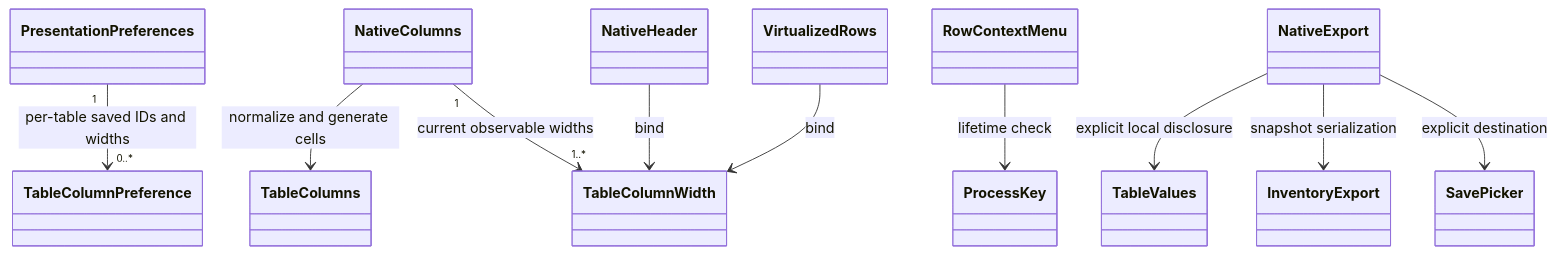
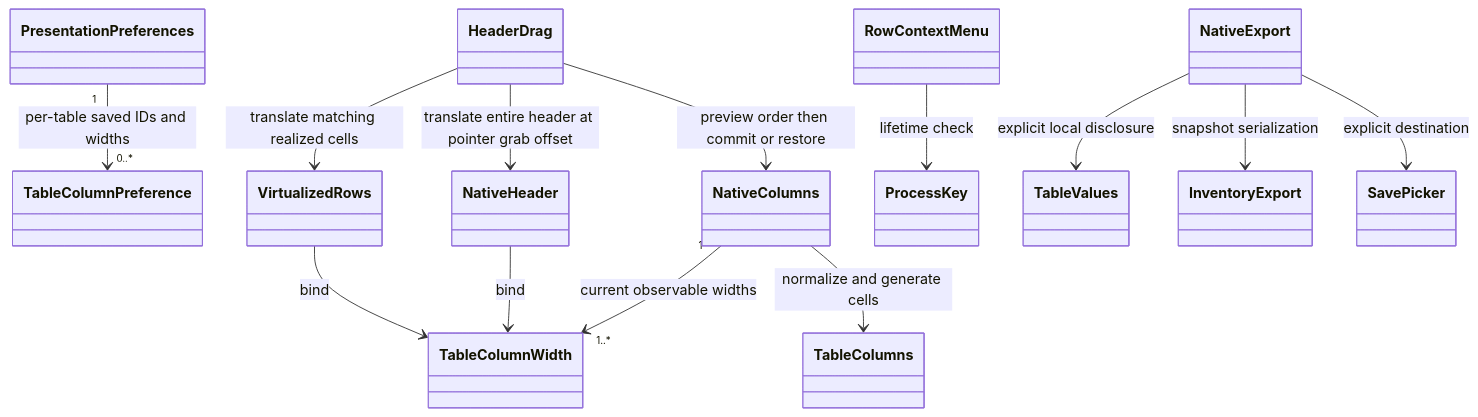
One commit to kiforsbe/procsight changed diagram 23 of 26 in ARCHITECTURE.md. Above: the diagram before and after it, drawn with Mermaid. The commit also changed other lines of this file and 10 other files, not shown here.

Commit message:
fix: drag full columns fluidly and hide resize grips

````diff
--- a/ARCHITECTURE.md
+++ b/ARCHITECTURE.md
@@ -1079,12 +1087,15 @@
 ```mermaid
 classDiagram
     PresentationPreferences "1" --> "0..*" TableColumnPreference : per-table saved IDs and widths
     NativeColumns --> TableColumns : normalize and generate cells
     NativeColumns "1" --> "1..*" TableColumnWidth : current observable widths
     NativeHeader --> TableColumnWidth : bind
     VirtualizedRows --> TableColumnWidth : bind
+    HeaderDrag --> NativeHeader : translate entire header at pointer grab offset
+    HeaderDrag --> VirtualizedRows : translate matching realized cells
+    HeaderDrag --> NativeColumns : preview order then commit or restore
     RowContextMenu --> ProcessKey : lifetime check
     NativeExport --> TableValues : explicit local disclosure
     NativeExport --> InventoryExport : snapshot serialization
     NativeExport --> SavePicker : explicit destination
 ```
````
